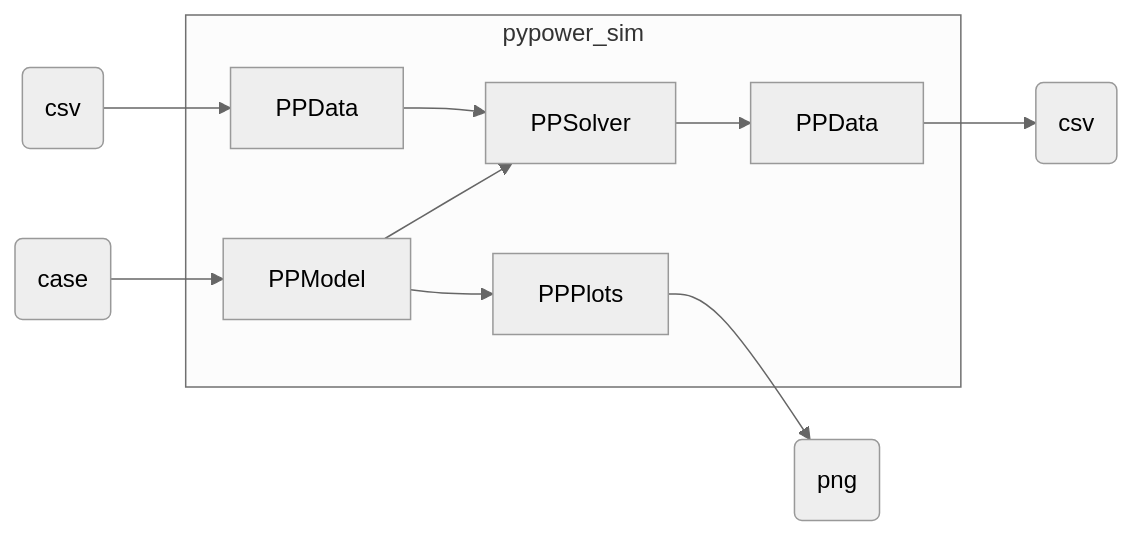
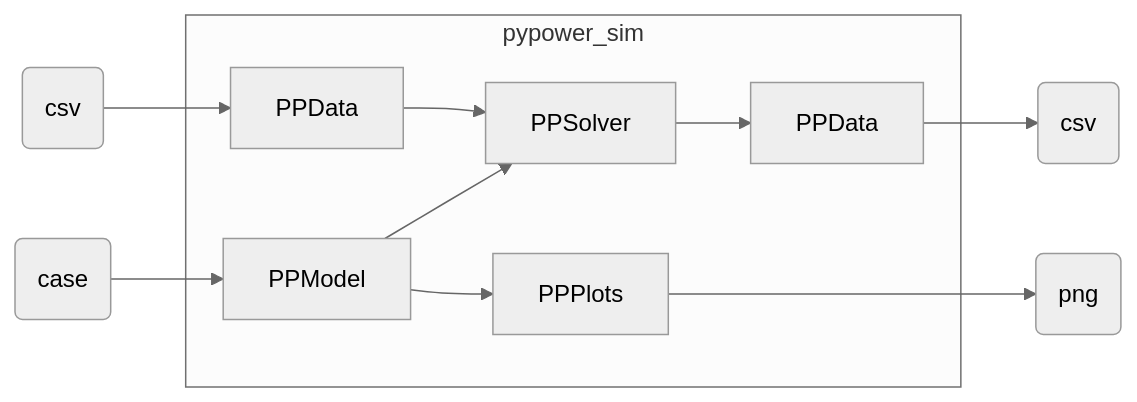
One commit to eudoxys/pypower_sim changed the diagram in README.md. Above: the diagram before and after it, drawn with Mermaid (neutral theme).

````diff
--- a/README.md
+++ b/README.md
@@ -12,16 +12,16 @@
 ```mermaid
 flowchart LR
 
     case(case) --> PPModel
     inputs(csv) --> input[PPData]
 
     subgraph pypower_sim
         PPModel --> PPSolver
         PPModel --> PPPlots
         input --> PPSolver
         PPSolver --> output[PPData]
     end
 
-    PPPlots --> plots(png)
+    PPPlots ---> plots(png)
     output --> outputs(csv)
 ```
````
